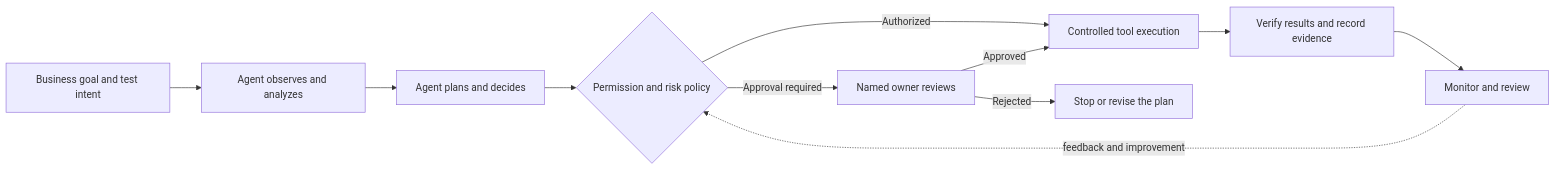
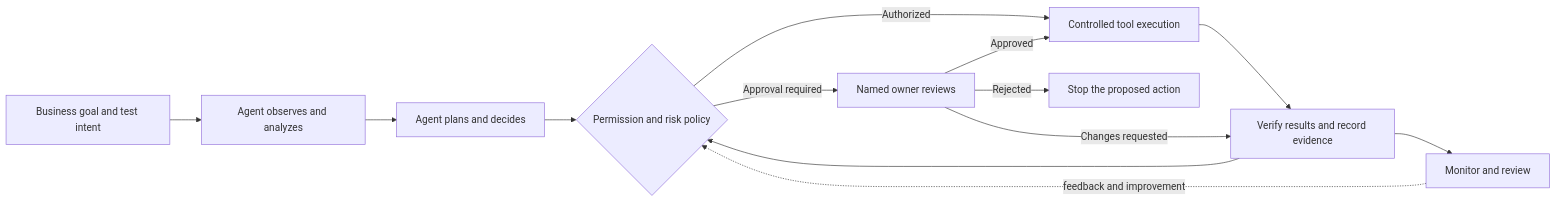
The first of 5 diagrams in src/blog/en/AI-Testing/agentic-ai-governance-testing.mdx (naodeng/naodeng.com.cn), drawn with Mermaid before and after one commit. The commit also changed other lines of this file and 10 other files, not shown here.

Commit message:
docs: review November blog diagrams

````diff
--- a/src/blog/en/AI-Testing/agentic-ai-governance-testing.mdx
+++ b/src/blog/en/AI-Testing/agentic-ai-governance-testing.mdx
@@ -39,13 +39,15 @@
 ```mermaid
 flowchart LR
     A[Business goal and test intent] --> B[Agent observes and analyzes]
     B --> C[Agent plans and decides]
     C --> D{Permission and risk policy}
     D -->|Authorized| E[Controlled tool execution]
     D -->|Approval required| F[Named owner reviews]
     F -->|Approved| E
-    F -->|Rejected| G[Stop or revise the plan]
+    F -->|Rejected| G[Stop the proposed action]
+    F -->|Changes requested| H[Revise the plan and resubmit]
+    H --> D
     E --> H[Verify results and record evidence]
     H --> I[Monitor and review]
     I -.feedback and improvement.-> D
 ```
````
